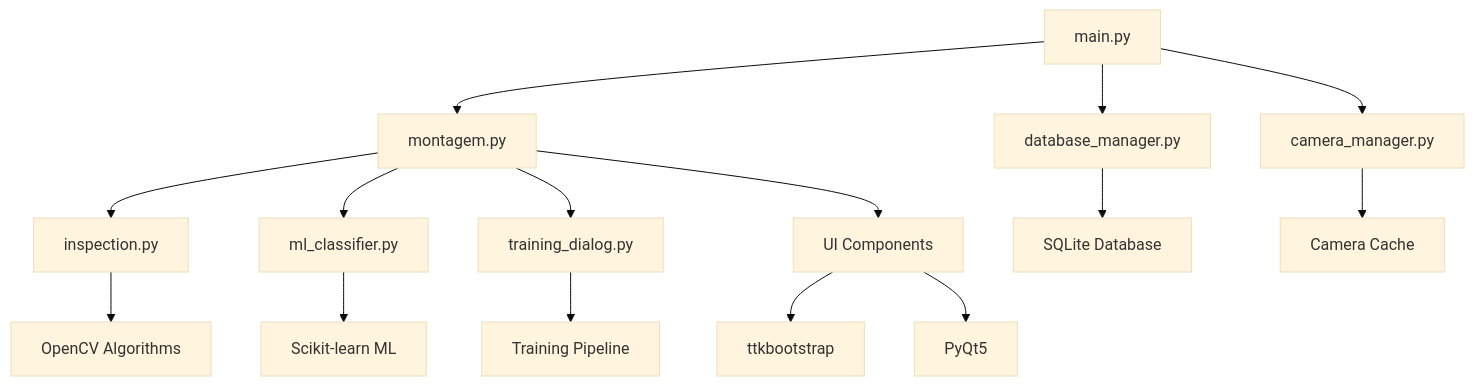
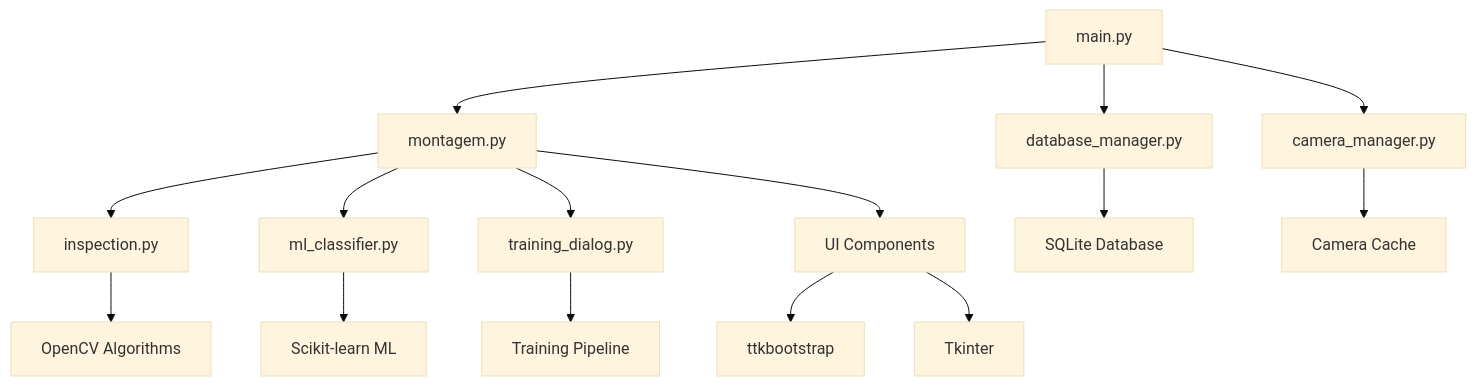
Before and after one commit to walterrvf/DX-Project-Cursor-: the diagram in README.md, drawn with Mermaid (base theme). The commit also changed other lines of this file and 3 other files, not shown here.

````diff
--- a/README.md
+++ b/README.md
@@ -111,21 +111,21 @@
 ```mermaid
 graph TB
     A[main.py] --> B[montagem.py]
     A --> C[database_manager.py]
     A --> D[camera_manager.py]
     
     B --> E[inspection.py]
     B --> F[ml_classifier.py]
     B --> G[training_dialog.py]
     
     C --> H[SQLite Database]
     D --> I[Camera Cache]
     
     E --> J[OpenCV Algorithms]
     F --> K[Scikit-learn ML]
     G --> L[Training Pipeline]
     
     B --> M[UI Components]
     M --> N[ttkbootstrap]
-    M --> O[PyQt5]
+    M --> O[Tkinter]
 ```
````
